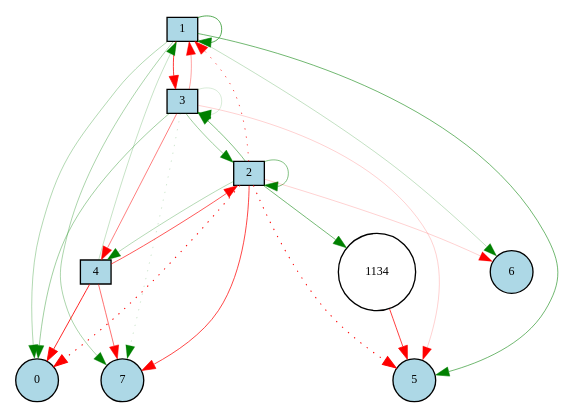
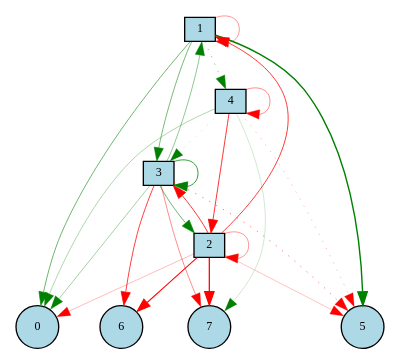
Before and after one commit to katomasahiro10/cyclic_task: the diagram in out/Digraph.gv, drawn with Graphviz. The commit also changed 205 other files, not shown here.

```diff
--- a/out/Digraph.gv
+++ b/out/Digraph.gv
@@ -1,43 +1,40 @@
 digraph {
 	node [fontsize=9 height=0.2 shape=circle width=0.2]
 	1 [fillcolor=lightgray shape=box style=filled]
 	2 [fillcolor=lightgray shape=box style=filled]
 	3 [fillcolor=lightgray shape=box style=filled]
 	4 [fillcolor=lightgray shape=box style=filled]
 	0 [fillcolor=lightblue style=filled]
 	1 [fillcolor=lightblue style=filled]
 	2 [fillcolor=lightblue style=filled]
 	3 [fillcolor=lightblue style=filled]
 	4 [fillcolor=lightblue style=filled]
 	5 [fillcolor=lightblue style=filled]
 	6 [fillcolor=lightblue style=filled]
 	7 [fillcolor=lightblue style=filled]
-	1134 [fillcolor=white style=filled]
-	2 -> 0 [color=red penwidth=0.7931275308892447 style=dotted]
-	1134 -> 5 [color=red penwidth=0.5603521720367137 style=solid]
-	2 -> 1134 [color=green penwidth=0.4057835828293761 style=solid]
-	2 -> 2 [color=green penwidth=0.3686387357475298 style=solid]
-	2 -> 1 [color=red penwidth=0.5200247869162912 style=dotted]
-	4 -> 2 [color=red penwidth=0.4886492541091435 style=solid]
-	4 -> 7 [color=red penwidth=0.4162117313362793 style=solid]
-	3 -> 0 [color=green penwidth=0.28218614642669115 style=solid]
-	2 -> 5 [color=red penwidth=0.7692434065369703 style=dotted]
-	3 -> 3 [color=green penwidth=0.11709820529223863 style=solid]
-	1 -> 7 [color=green penwidth=0.24556335856674646 style=solid]
-	3 -> 5 [color=red penwidth=0.13757021916473902 style=solid]
-	1 -> 0 [color=green penwidth=0.22960207073170907 style=solid]
-	1 -> 1 [color=green penwidth=0.5041777543222156 style=solid]
-	3 -> 7 [color=green penwidth=0.1514203305680455 style=dotted]
-	1 -> 5 [color=green penwidth=0.4154838846025253 style=solid]
-	3 -> 1 [color=red penwidth=0.27209966247317896 style=solid]
-	2 -> 3 [color=green penwidth=0.3688215790622654 style=solid]
-	2 -> 7 [color=red penwidth=0.544642546378918 style=solid]
-	4 -> 0 [color=red penwidth=0.6434666232061482 style=solid]
-	1 -> 3 [color=red penwidth=0.5832340268500452 style=solid]
-	3 -> 2 [color=green penwidth=0.2869864244276512 style=solid]
-	2 -> 4 [color=green penwidth=0.21573080399869574 style=solid]
-	4 -> 1 [color=green penwidth=0.17006563744090242 style=solid]
-	3 -> 4 [color=red penwidth=0.3787521421484328 style=solid]
-	2 -> 6 [color=red penwidth=0.13939839465532158 style=solid]
-	1 -> 6 [color=green penwidth=0.17732788654160733 style=solid]
+	3 -> 6 [color=red penwidth=0.5631443540487053 style=solid]
+	4 -> 5 [color=red penwidth=0.2074091384862663 style=dotted]
+	2 -> 0 [color=red penwidth=0.20397366537213402 style=solid]
+	2 -> 2 [color=red penwidth=0.3075522912868974 style=solid]
+	1 -> 1 [color=red penwidth=0.3101937081168804 style=solid]
+	3 -> 1 [color=green penwidth=0.32794554496177686 style=solid]
+	3 -> 7 [color=red penwidth=0.3406032565038417 style=solid]
+	4 -> 3 [color=green penwidth=0.14028916146301457 style=dotted]
+	1 -> 5 [color=green penwidth=1.0608358303355319 style=solid]
+	3 -> 3 [color=green penwidth=0.5860168611552921 style=solid]
+	2 -> 7 [color=red penwidth=0.9482932332235929 style=solid]
+	3 -> 5 [color=red penwidth=0.38536655975415524 style=dotted]
+	1 -> 0 [color=green penwidth=0.43088893149990426 style=solid]
+	2 -> 1 [color=red penwidth=0.5799765986737356 style=solid]
+	4 -> 4 [color=red penwidth=0.3519124952570788 style=solid]
+	2 -> 5 [color=red penwidth=0.1798928134613681 style=solid]
+	4 -> 2 [color=red penwidth=0.6030369977141743 style=solid]
+	1 -> 3 [color=green penwidth=0.4013018343268727 style=solid]
+	4 -> 0 [color=green penwidth=0.2359070234215639 style=solid]
+	3 -> 0 [color=green penwidth=0.27094640620996 style=solid]
+	2 -> 3 [color=red penwidth=0.5871186208997285 style=solid]
+	3 -> 2 [color=green penwidth=0.4286954644308597 style=solid]
+	1 -> 4 [color=green penwidth=0.31895320818611583 style=dotted]
+	4 -> 7 [color=green penwidth=0.13789378338749608 style=solid]
+	2 -> 6 [color=red penwidth=0.7738034085327588 style=solid]
 }
```
